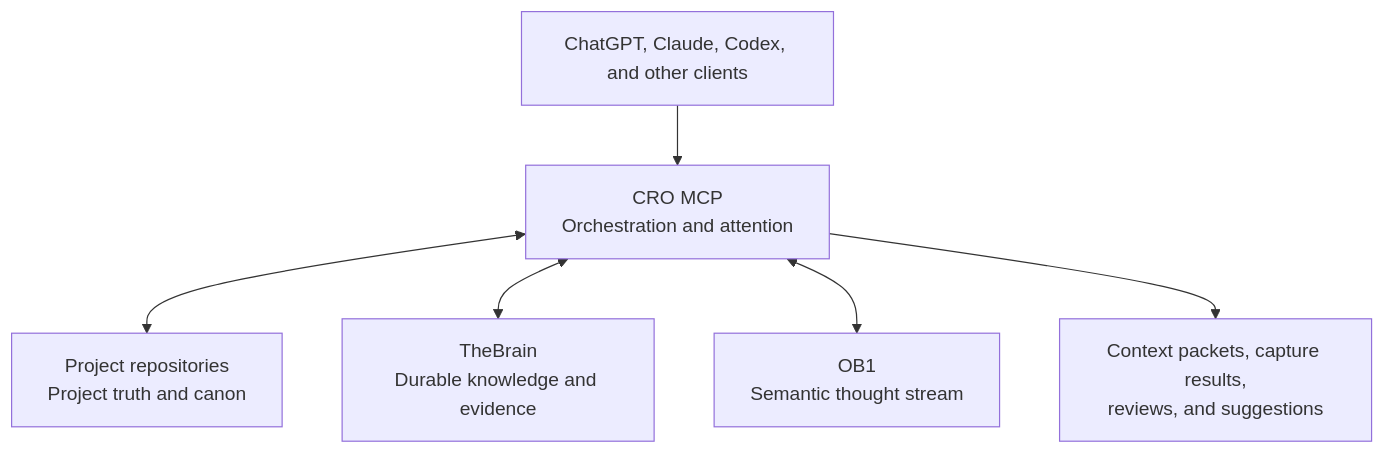
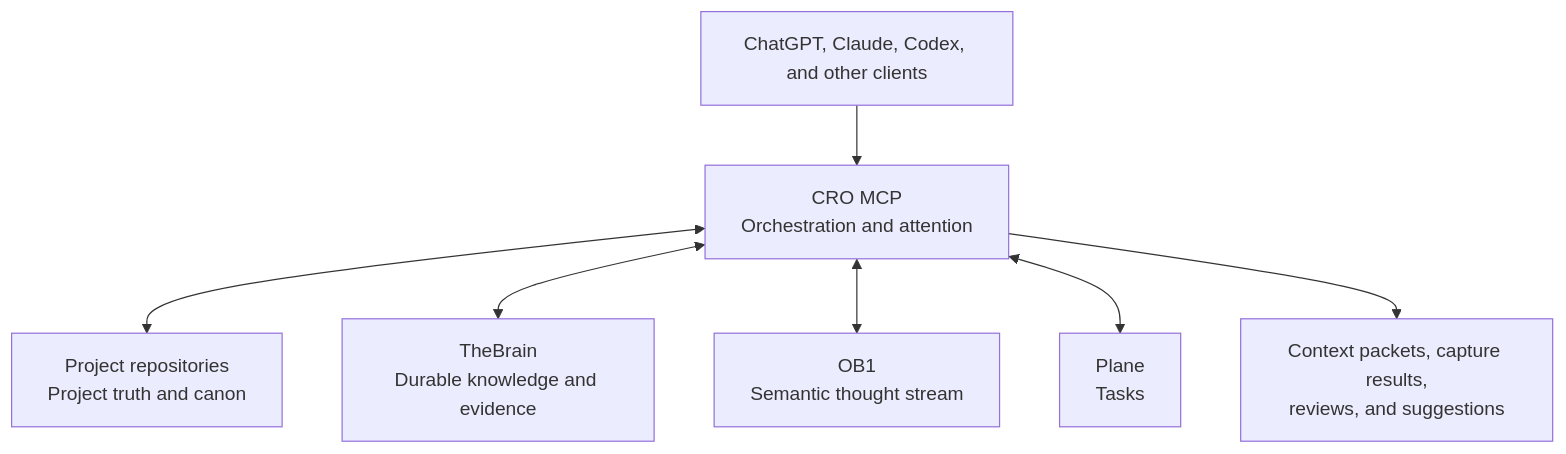
Before and after one commit to KeithBarrows/Cognitive-Research-Orchestrator: the first of 5 diagrams in docs/README.md, drawn with Mermaid. The commit also changed other lines of this file and 1 other file, not shown here.

First line of the commit message:
📄 [Software | Keith Barrows | Cognitive Research Orchestrator] Fold Plane and OB1 findings into the BA/Arch docs

````diff
--- a/docs/README.md
+++ b/docs/README.md
@@ -41,8 +44,9 @@
 ```mermaid
 flowchart TD
     C["ChatGPT, Claude, Codex, and other clients"] --> M["CRO MCP<br/>Orchestration and attention"]
     M <--> R["Project repositories<br/>Project truth and canon"]
     M <--> T["TheBrain<br/>Durable knowledge and evidence"]
     M <--> O["OB1<br/>Semantic thought stream"]
+    M <--> P["Plane<br/>Tasks"]
     M --> X["Context packets, capture results,<br/>reviews, and suggestions"]
 ```
````
